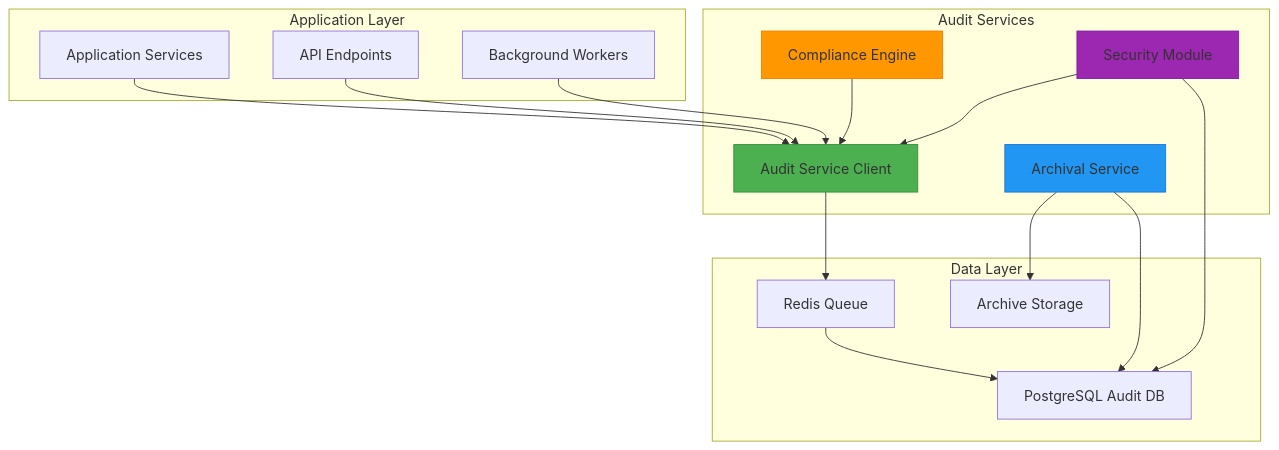
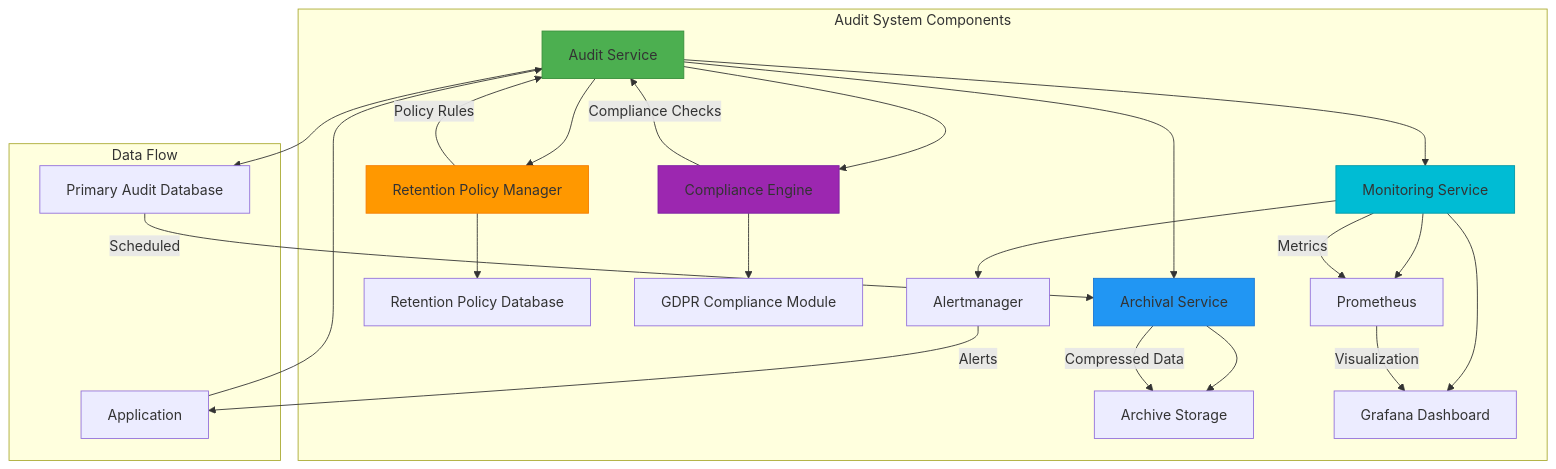
The first of 6 diagrams in .qoder/repowiki/en/content/Audit System Enhancements Specifications.md (smedrec/smart-logs), drawn with Mermaid before and after one commit. The commit also changed other lines of this file and 7 other files, not shown here.

First line of the commit message:
docs(audit-client): update comprehensive documentation and architecture overview

````diff
--- a/.qoder/repowiki/en/content/Audit System Enhancements Specifications.md
+++ b/.qoder/repowiki/en/content/Audit System Enhancements Specifications.md
@@ -59,33 +49,31 @@
 ```mermaid
-graph TB
-subgraph "Application Layer"
-A[Application Services]
-B[API Endpoints]
-C[Background Workers]
+graph TD
+subgraph "Audit System Components"
+A[Audit Service] --> B[Archival Service]
+A --> C[Retention Policy Manager]
+A --> D[Compliance Engine]
+A --> E[Monitoring Service]
+B --> F[Archive Storage]
+C --> G[Retention Policy Database]
+D --> H[GDPR Compliance Module]
+E --> I[Grafana Dashboard]
+E --> J[Prometheus]
+E --> K[Alertmanager]
 end
-subgraph "Audit Services"
-D[Audit Service Client]
-E[Archival Service]
-F[Compliance Engine]
-G[Security Module]
+subgraph "Data Flow"
+L[Application] --> A
+A --> M[Primary Audit Database]
+M --> |Scheduled| B
+B --> |Compressed Data| F
+C --> |Policy Rules| A
+D --> |Compliance Checks| A
+E --> |Metrics| J
+J --> |Visualization| I
+K --> |Alerts| L
 end
-subgraph "Data Layer"
-H[Redis Queue]
-I[PostgreSQL Audit DB]
-J[Archive Storage]
-end
-A --> D
-B --> D
-C --> D
-D --> H
-H --> I
-E --> I
-E --> J
-F --> D
-G --> D
-G --> I
-style D fill:#4CAF50,stroke:#388E3C
-style E fill:#2196F3,stroke:#1976D2
-style F fill:#FF9800,stroke:#F57C00
-style G fill:#9C27B0,stroke:#7B1FA2
+style A fill:#4CAF50,stroke:#388E3C
+style B fill:#2196F3,stroke:#1976D2
+style C fill:#FF9800,stroke:#F57C00
+style D fill:#9C27B0,stroke:#7B1FA2
+style E fill:#00BCD4,stroke:#0097A7
 ```
````
